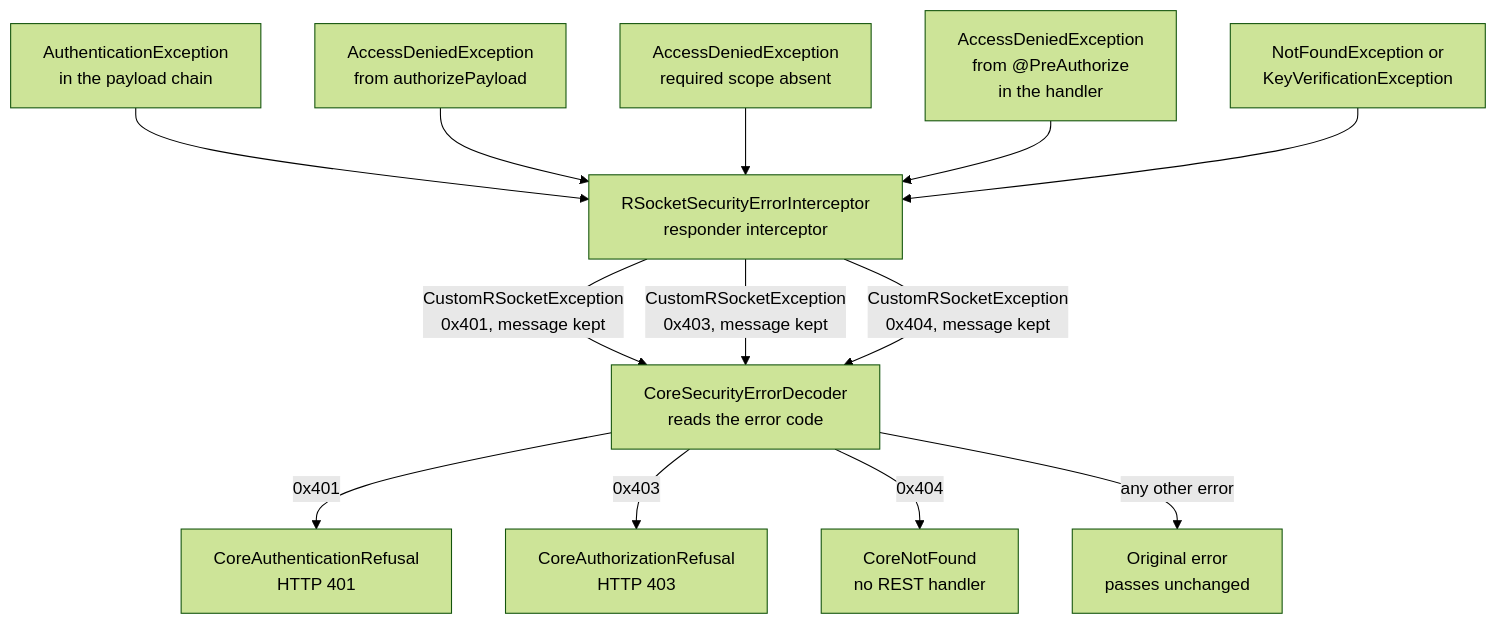
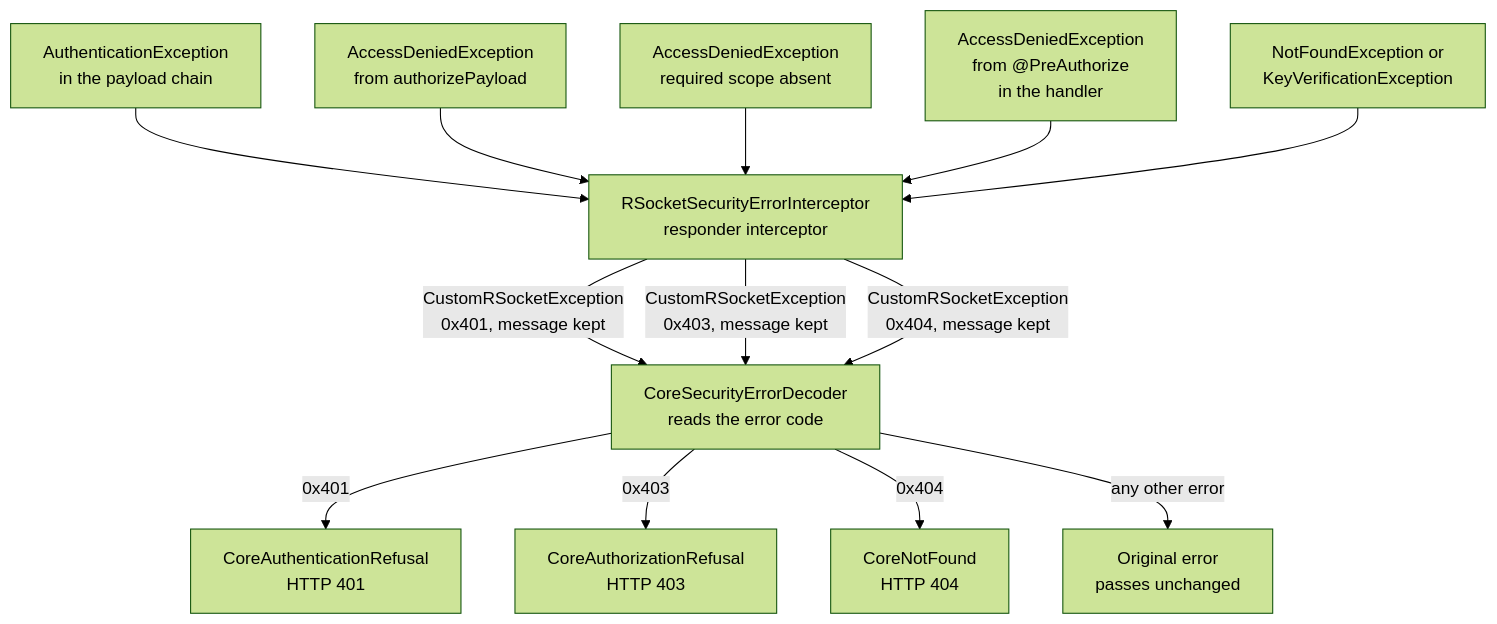
The third of 6 diagrams in docs/REST-TOKEN-RELAY.md (marios-code-path/demo-chat), drawn with Mermaid (forest theme) before and after one commit. The commit also changed other lines of this file and 4 other files, not shown here.

First line of the commit message:
Map a core miss to 404 in the REST facade (CHAT-undefoqd)

````diff
--- a/docs/REST-TOKEN-RELAY.md
+++ b/docs/REST-TOKEN-RELAY.md
@@ -114,17 +114,17 @@
 ```mermaid
 flowchart TD
     E1["AuthenticationException<br/>in the payload chain"] --> EI
     E2["AccessDeniedException<br/>from authorizePayload"] --> EI
     E3["AccessDeniedException<br/>required scope absent"] --> EI
     H["AccessDeniedException<br/>from @PreAuthorize<br/>in the handler"] --> EI
     M["NotFoundException or<br/>KeyVerificationException"] --> EI
     EI["RSocketSecurityErrorInterceptor<br/>responder interceptor"]
     EI -->|"CustomRSocketException<br/>0x401, message kept"| D
     EI -->|"CustomRSocketException<br/>0x403, message kept"| D
     EI -->|"CustomRSocketException<br/>0x404, message kept"| D
     D["CoreSecurityErrorDecoder<br/>reads the error code"]
     D -->|0x401| R401["CoreAuthenticationRefusal<br/>HTTP 401"]
     D -->|0x403| R403["CoreAuthorizationRefusal<br/>HTTP 403"]
-    D -->|0x404| R404["CoreNotFound<br/>no REST handler"]
+    D -->|0x404| R404["CoreNotFound<br/>HTTP 404"]
     D -->|"any other error"| RAW["Original error<br/>passes unchanged"]
 ```
````
